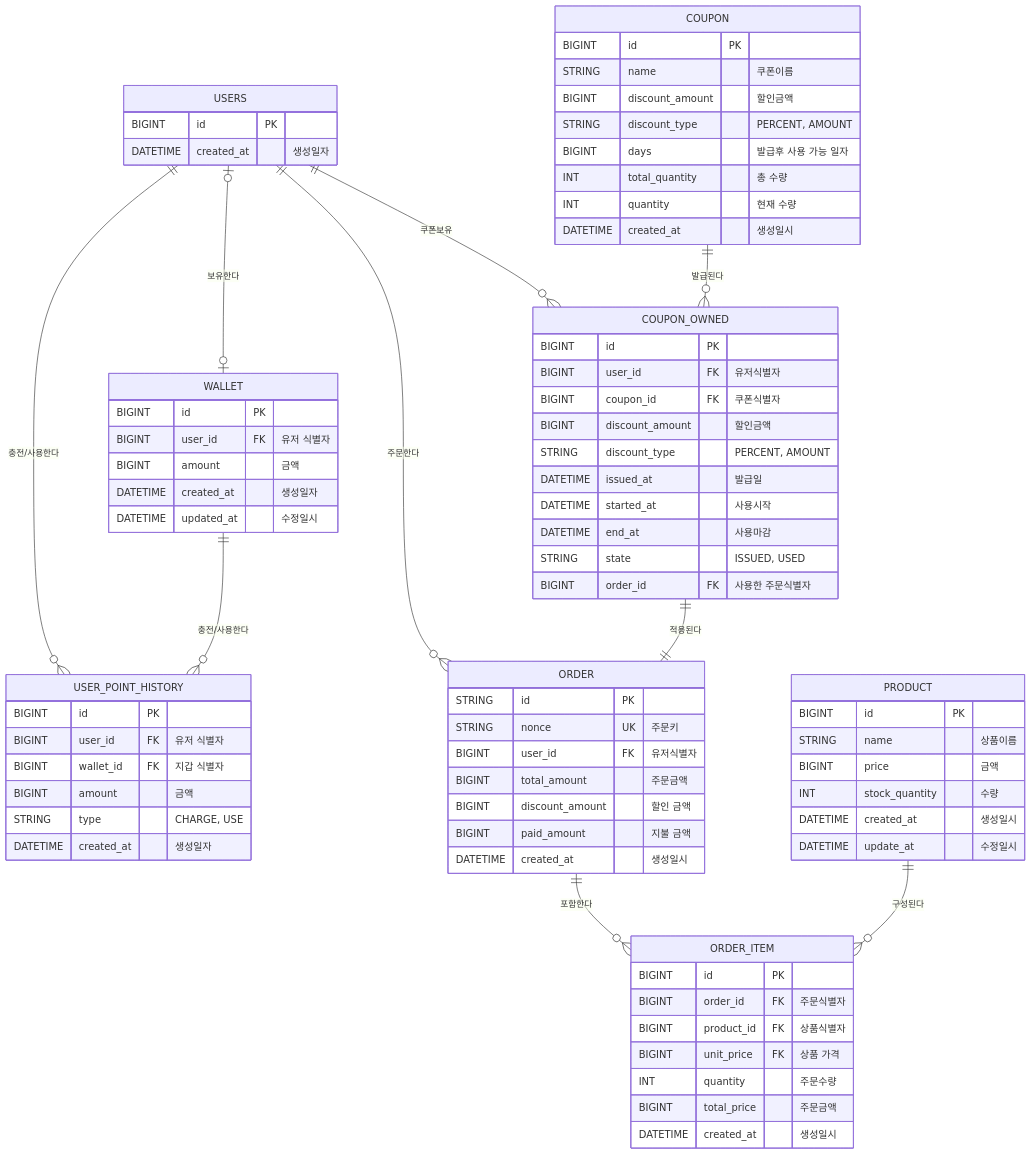
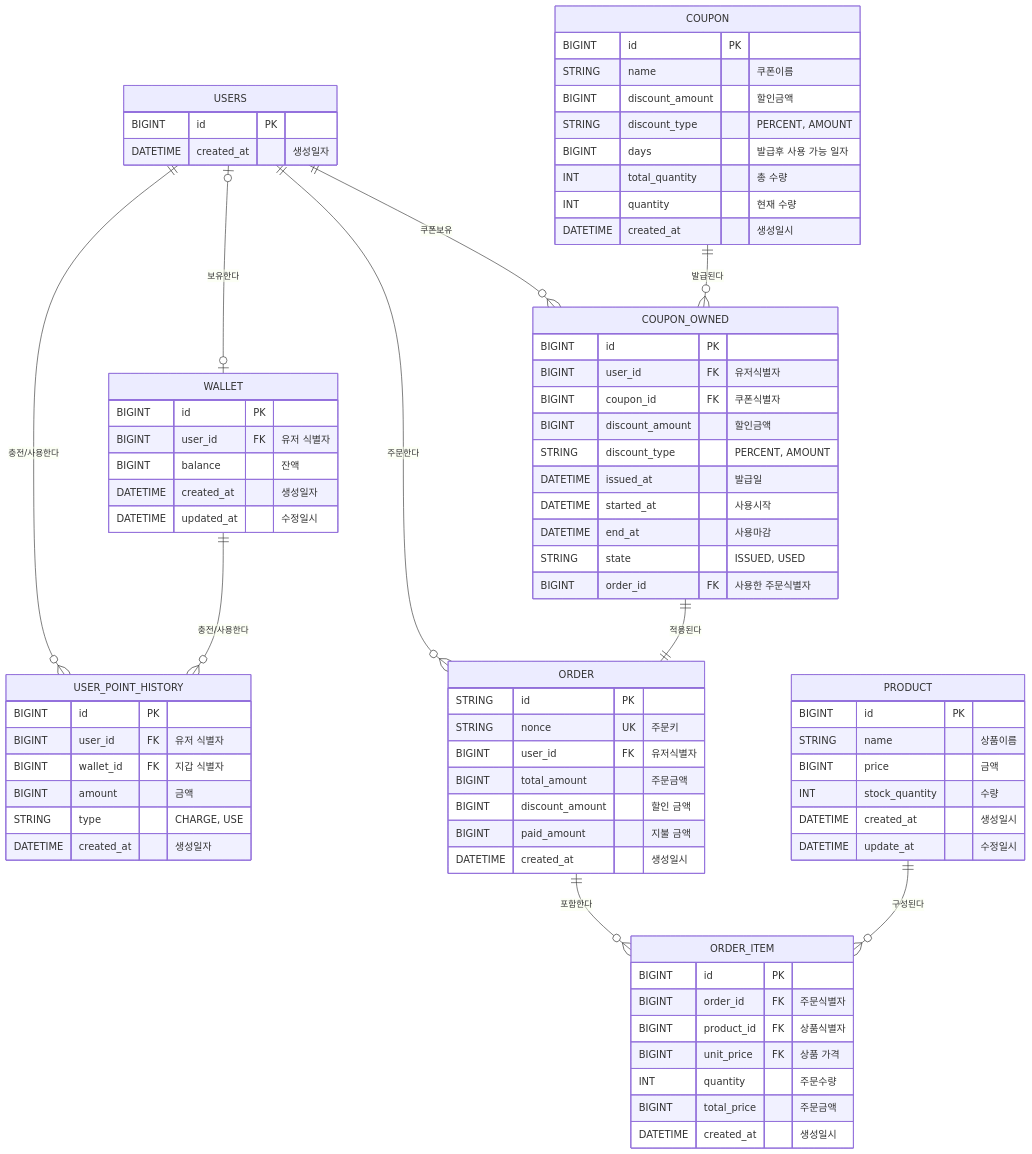
Before and after one commit to HyunJng/e-commerce: the diagram in docs/erd-diagram.md, drawn with Mermaid. The commit also changed 1 other file, not shown here.

Commit message:
docs: 요구사항/erd 보완

```diff
--- a/docs/erd-diagram.md
+++ b/docs/erd-diagram.md
@@ -8,7 +8,7 @@
     WALLET {
         BIGINT id PK
         BIGINT user_id FK "유저 식별자"
-        BIGINT amount "금액"
+        BIGINT balance "잔액"
         DATETIME created_at "생성일자"
         DATETIME updated_at "수정일시"
     }
```
